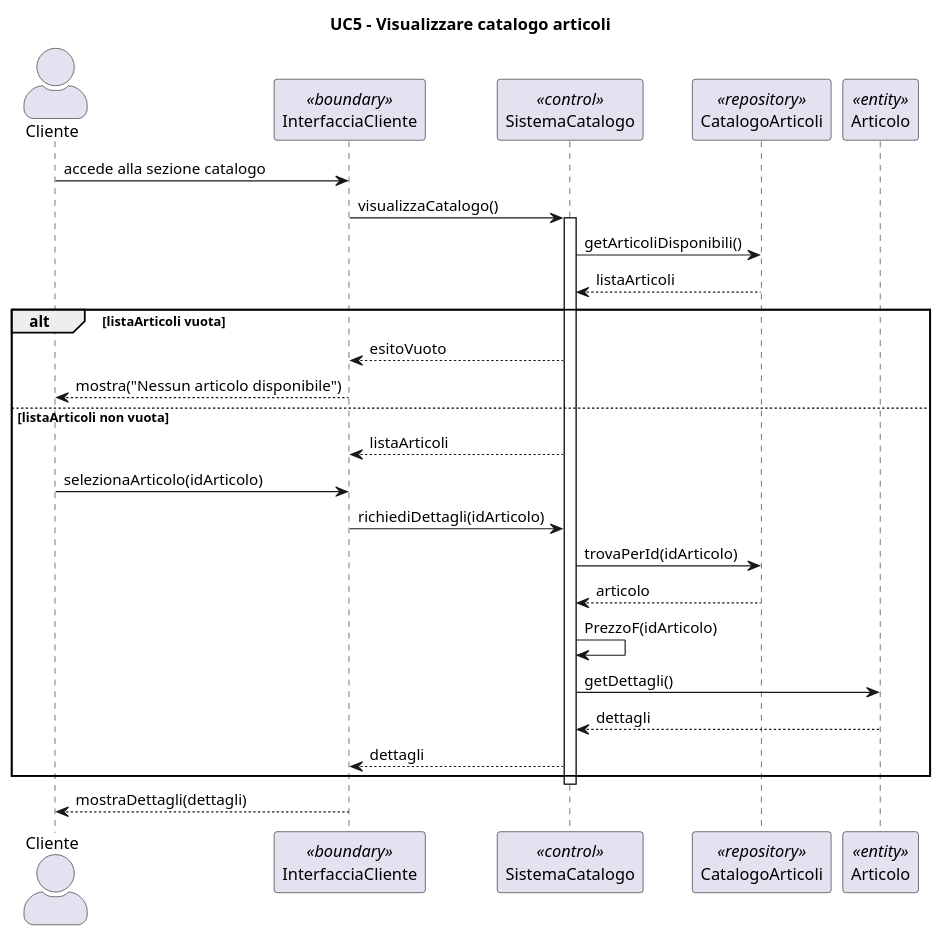
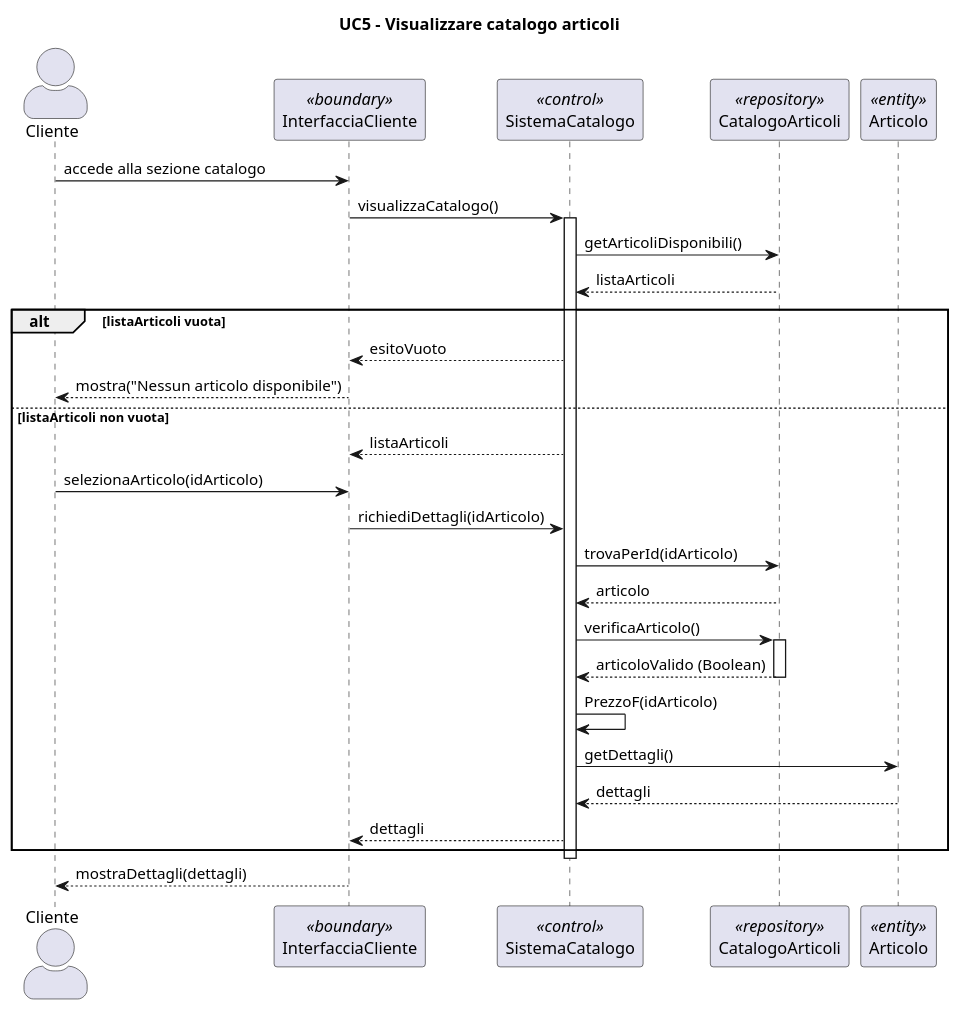
Before and after one commit to Samepsilon/FloWare: the diagram in diagrammiUML/diagrammi di sequenza/UC5_Visualizzare_Catalogo_Articoli.puml, drawn with PlantUML. The commit also changed 11 other files, not shown here.

```diff
--- a/diagrammiUML/diagrammi di sequenza/UC5_Visualizzare_Catalogo_Articoli.puml
+++ b/diagrammiUML/diagrammi di sequenza/UC5_Visualizzare_Catalogo_Articoli.puml
@@ -1,43 +1,46 @@
 @startuml
 skinparam actorStyle awesome
 title UC5 - Visualizzare catalogo articoli
 
 actor Cliente
 participant "InterfacciaCliente" <<boundary>>
 participant "SistemaCatalogo" <<control>>
 participant "CatalogoArticoli" <<repository>>
 participant "Articolo" <<entity>>
 
 Cliente -> InterfacciaCliente : accede alla sezione catalogo
 InterfacciaCliente -> SistemaCatalogo : visualizzaCatalogo()
 
 activate SistemaCatalogo
 
 SistemaCatalogo -> CatalogoArticoli : getArticoliDisponibili()
 CatalogoArticoli --> SistemaCatalogo : listaArticoli
 
 alt listaArticoli vuota
     SistemaCatalogo --> InterfacciaCliente : esitoVuoto
     InterfacciaCliente --> Cliente : mostra("Nessun articolo disponibile")
 else listaArticoli non vuota
     SistemaCatalogo --> InterfacciaCliente : listaArticoli
 
     Cliente -> InterfacciaCliente : selezionaArticolo(idArticolo)
     InterfacciaCliente -> SistemaCatalogo : richiediDettagli(idArticolo)
 
     SistemaCatalogo -> CatalogoArticoli : trovaPerId(idArticolo)
     CatalogoArticoli --> SistemaCatalogo : articolo
-
+    SistemaCatalogo -> CatalogoArticoli : verificaArticolo()
+    activate CatalogoArticoli
+    CatalogoArticoli --> SistemaCatalogo : articoloValido (Boolean)
+    deactivate CatalogoArticoli
     SistemaCatalogo -> SistemaCatalogo : PrezzoF(idArticolo)
 
     SistemaCatalogo -> Articolo : getDettagli()
     Articolo --> SistemaCatalogo : dettagli
 
     SistemaCatalogo --> InterfacciaCliente : dettagli
 end
 
 deactivate SistemaCatalogo
 
 InterfacciaCliente --> Cliente : mostraDettagli(dettagli)
 
 @enduml
```
